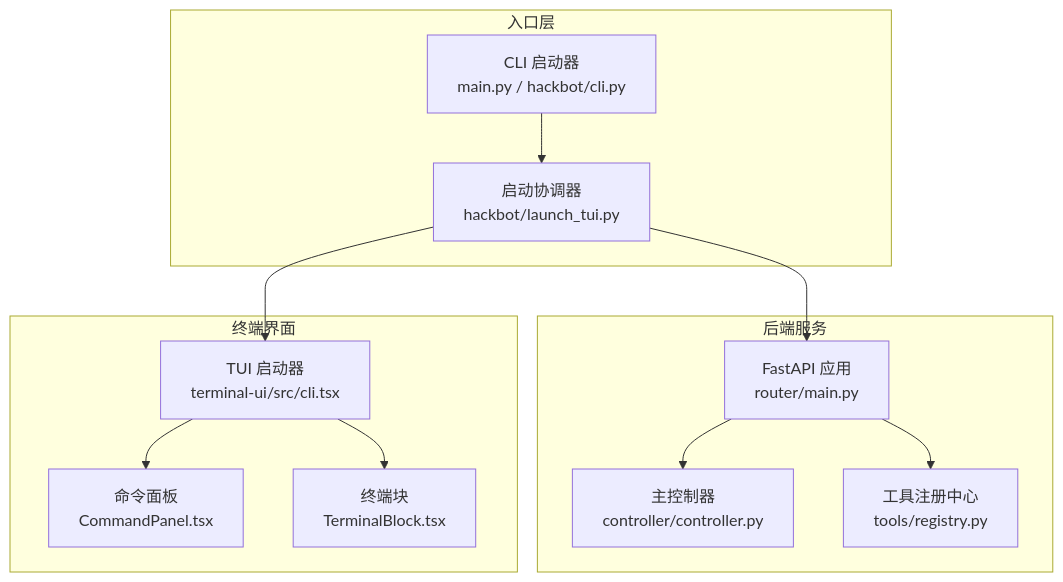
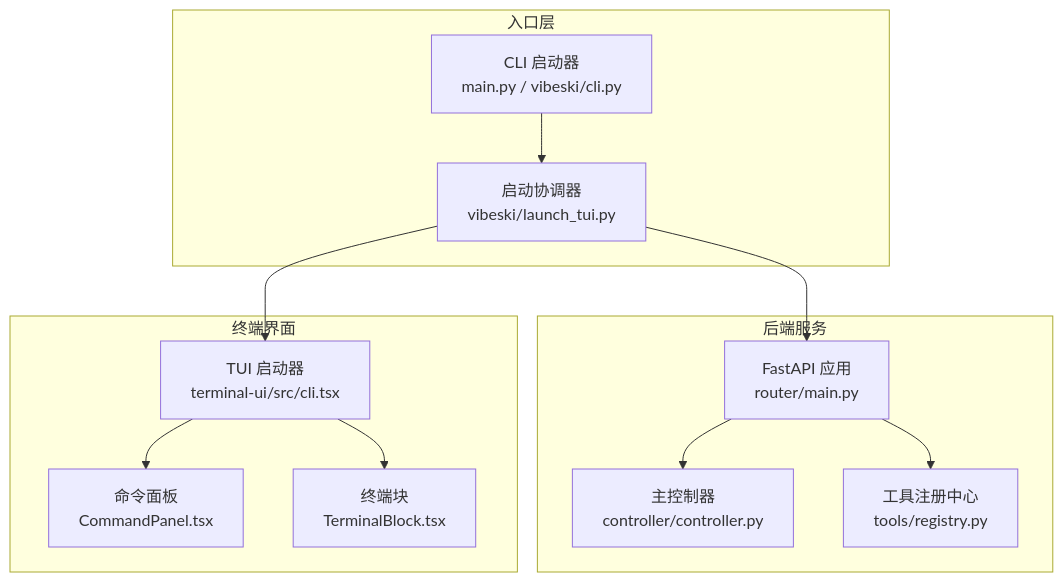
The second of 7 diagrams in .qoder/repowiki/zh/content/终端工具系统.md (crabin/VIBESKI), drawn with Mermaid before and after one commit. The commit also changed other lines of this file and 170 other files, not shown here.

Commit message:
chore: rename all secbot/hackbot identifiers to vibeski

````diff
--- a/.qoder/repowiki/zh/content/终端工具系统.md
+++ b/.qoder/repowiki/zh/content/终端工具系统.md
@@ -113,24 +113,24 @@
 ```mermaid
 graph TB
 subgraph "入口层"
-CLI["CLI 启动器<br/>main.py / hackbot/cli.py"]
-LT["启动协调器<br/>hackbot/launch_tui.py"]
+CLI["CLI 启动器<br/>main.py / vibeski/cli.py"]
+LT["启动协调器<br/>vibeski/launch_tui.py"]
 end
 subgraph "后端服务"
 API["FastAPI 应用<br/>router/main.py"]
 CTRL["主控制器<br/>controller/controller.py"]
 REG["工具注册中心<br/>tools/registry.py"]
 end
 subgraph "终端界面"
 TUI["TUI 启动器<br/>terminal-ui/src/cli.tsx"]
 CP["命令面板<br/>CommandPanel.tsx"]
 TB["终端块<br/>TerminalBlock.tsx"]
 end
 CLI --> LT
 LT --> API
 LT --> TUI
 API --> CTRL
 API --> REG
 TUI --> CP
 TUI --> TB
 ```
````
